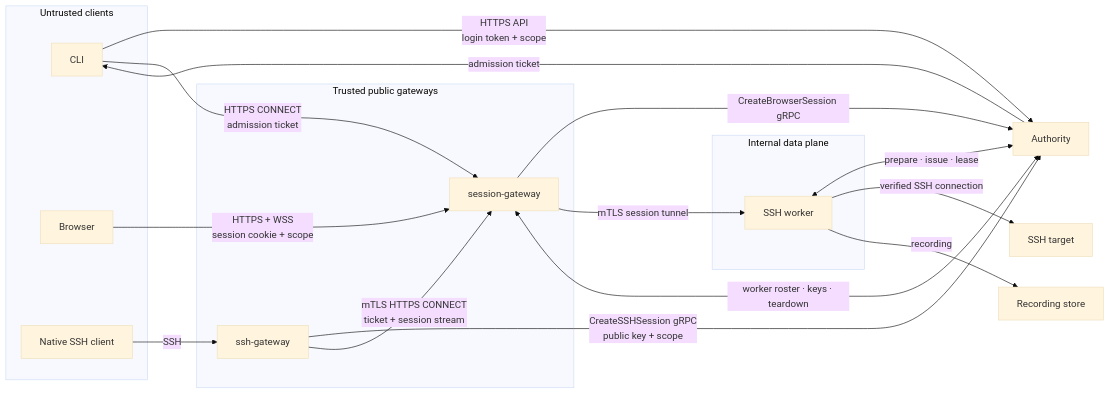
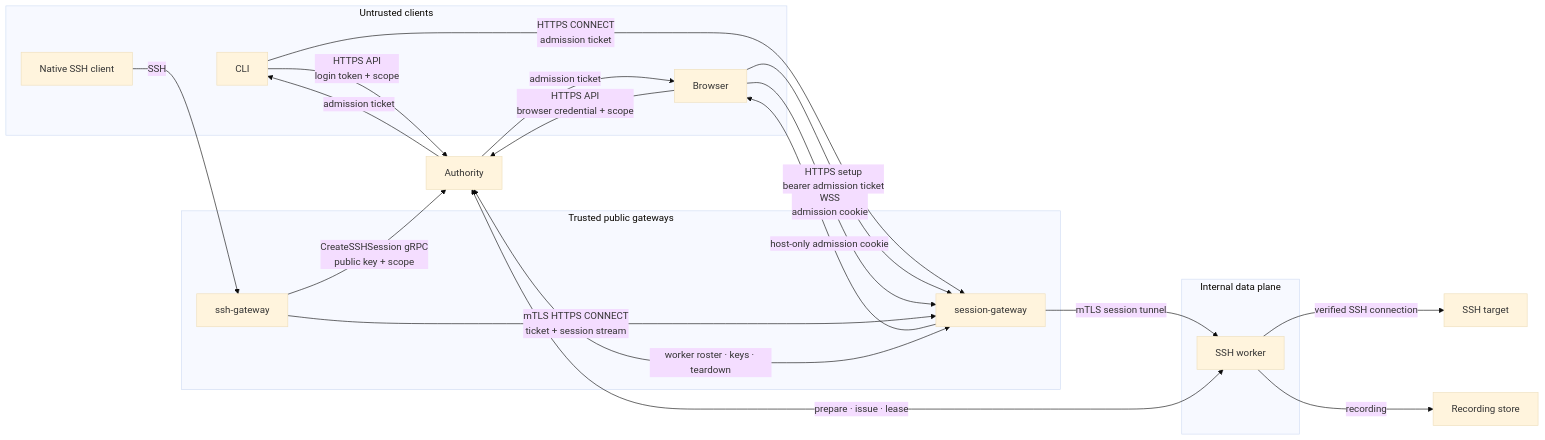
One commit to tidegate-dev/enhancements changed the first of 4 diagrams in teps/0005-gateway-sessions/README.md. Above: the diagram before and after it, drawn with Mermaid (base theme). The commit also changed other lines of this file, not shown here.

Commit message:
docs: secure browser session admission

````diff
--- a/teps/0005-gateway-sessions/README.md
+++ b/teps/0005-gateway-sessions/README.md
@@ -100,35 +105,38 @@
 ```mermaid
 flowchart LR
     subgraph clients["Untrusted clients"]
         cli["CLI"]
         browser["Browser"]
         ssh["Native SSH client"]
     end
 
     subgraph edge["Trusted public gateways"]
         sessiongw["session-gateway"]
         sshgw["ssh-gateway"]
     end
 
     subgraph core["Internal data plane"]
         worker["SSH worker"]
     end
 
     auth["Authority"]
     target["SSH target"]
     store["Recording store"]
 
     cli -->|"HTTPS API<br/>login token + scope"| auth
     auth -->|"admission ticket"| cli
     cli -->|"HTTPS CONNECT<br/>admission ticket"| sessiongw
-    browser -->|"HTTPS + WSS<br/>session cookie + scope"| sessiongw
+    browser -->|"HTTPS API<br/>browser credential + scope"| auth
+    auth -->|"admission ticket"| browser
+    browser -->|"HTTPS setup<br/>bearer admission ticket"| sessiongw
+    sessiongw -->|"host-only admission cookie"| browser
+    browser -->|"WSS<br/>admission cookie"| sessiongw
     ssh -->|"SSH"| sshgw
-    sessiongw -->|"CreateBrowserSession gRPC"| auth
     sshgw -->|"CreateSSHSession gRPC<br/>public key + scope"| auth
     sshgw -->|"mTLS HTTPS CONNECT<br/>ticket + session stream"| sessiongw
     sessiongw -->|"mTLS session tunnel"| worker
     sessiongw <-->|"worker roster · keys · teardown"| auth
     worker <-->|"prepare · issue · lease"| auth
     worker -->|"verified SSH connection"| target
     worker -->|"recording"| store
 ```
````
